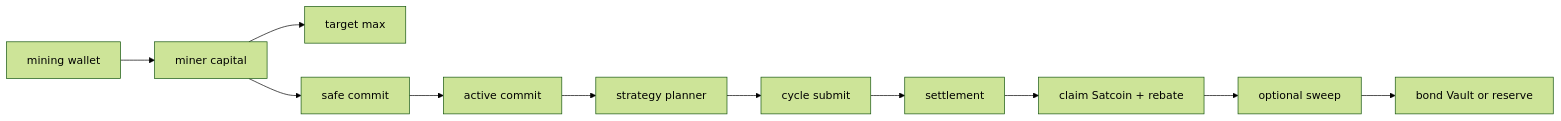
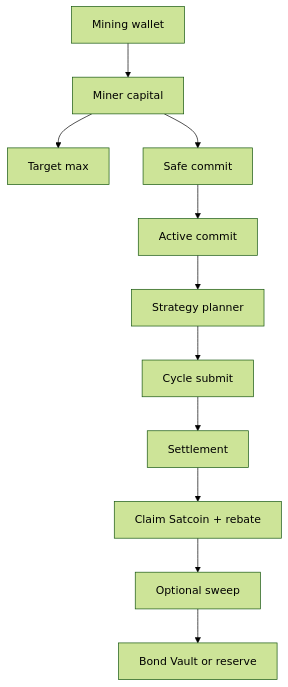
Before and after one commit to fased-ai/fased: the first of 2 diagrams in docs/plugins/crypto/mining-advanced.md, drawn with Mermaid (forest theme). The commit also changed other lines of this file and 264 other files, not shown here.

````diff
--- a/docs/plugins/crypto/mining-advanced.md
+++ b/docs/plugins/crypto/mining-advanced.md
@@ -20,13 +21,13 @@
 ```mermaid
-flowchart LR
-  Wallet["mining wallet"] --> Capital["miner capital"]
-  Capital --> Target["target max"]
-  Capital --> Safe["safe commit"]
-  Safe --> Active["active commit"]
-  Active --> Planner["strategy planner"]
-  Planner --> Submit["cycle submit"]
-  Submit --> Settle["settlement"]
-  Settle --> Claim["claim Satcoin + rebate"]
-  Claim --> Sweep["optional sweep"]
-  Sweep --> Bond["bond Vault or reserve"]
+flowchart TD
+  Wallet["Mining wallet"] --> Capital["Miner capital"]
+  Capital --> Target["Target max"]
+  Capital --> Safe["Safe commit"]
+  Safe --> Active["Active commit"]
+  Active --> Planner["Strategy planner"]
+  Planner --> Submit["Cycle submit"]
+  Submit --> Settle["Settlement"]
+  Settle --> Claim["Claim Satcoin + rebate"]
+  Claim --> Sweep["Optional sweep"]
+  Sweep --> Bond["Bond Vault or reserve"]
 ```
````
